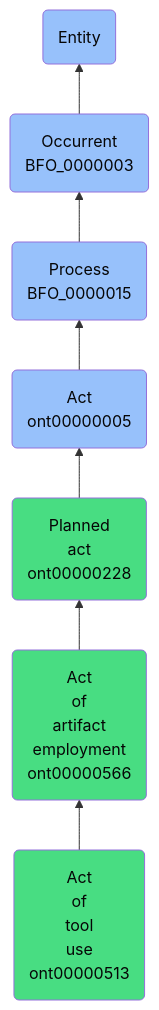
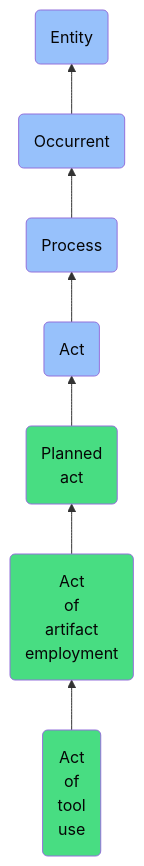
One commit to jupyter-naas/abi changed the diagram in docs/ontology/reference/model/Entity/Occurrent/Process/Act/Planned act/Act of artifact employment/Act of tool use/Act of tool use.md. Above: the diagram before and after it, drawn with Mermaid. The commit also changed other lines of this file and 1430 other files, not shown here.

````diff
--- a/docs/ontology/reference/model/Entity/Occurrent/Process/Act/Planned act/Act of artifact employment/Act of tool use/Act of tool use.md
+++ b/docs/ontology/reference/model/Entity/Occurrent/Process/Act/Planned act/Act of artifact employment/Act of tool use/Act of tool use.md
@@ -24,14 +24,14 @@
 ```mermaid
 graph BT
-    ont00000513(Act<br>of<br>tool<br>use<br>ont00000513):::ABI-->ont00000566
-    ont00000566(Act<br>of<br>artifact<br>employment<br>ont00000566):::ABI-->ont00000228
-    ont00000228(Planned<br>act<br>ont00000228):::ABI-->ont00000005
-    ont00000005(Act<br>ont00000005):::BFO-->BFO_0000015
-    BFO_0000015(Process<br>BFO_0000015):::BFO-->BFO_0000003
-    BFO_0000003(Occurrent<br>BFO_0000003):::BFO-->BFO_0000001
+    ont00000513(Act<br>of<br>tool<br>use):::ABI-->ont00000566
+    ont00000566(Act<br>of<br>artifact<br>employment):::ABI-->ont00000228
+    ont00000228(Planned<br>act):::ABI-->ont00000005
+    ont00000005(Act):::BFO-->BFO_0000015
+    BFO_0000015(Process):::BFO-->BFO_0000003
+    BFO_0000003(Occurrent):::BFO-->BFO_0000001
     BFO_0000001(Entity):::BFO
     
     classDef BFO fill:#97c1fb,color:#060606
     classDef CCO fill:#e4c51e,color:#060606
     classDef ABI fill:#48DD82,color:#060606
 ```
````
